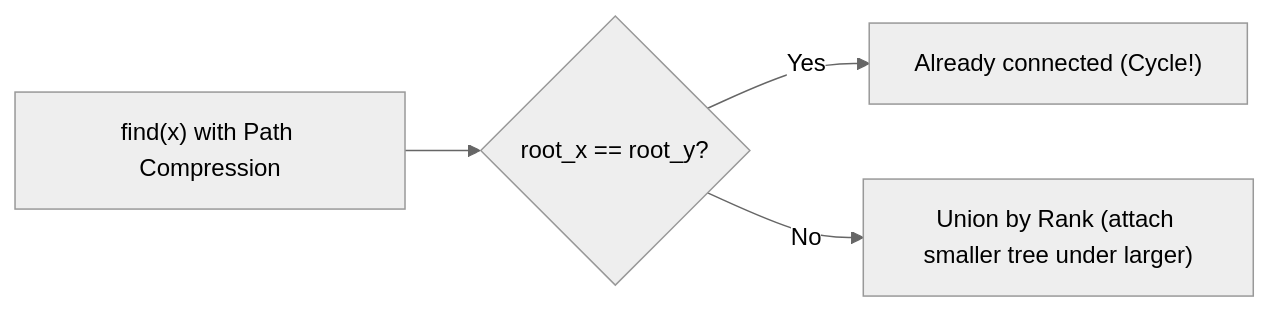
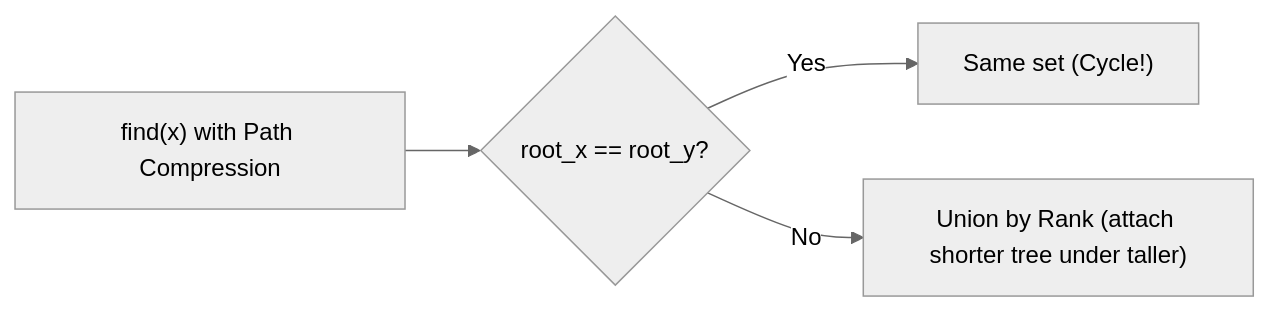
The diagram in grokking-coding-interview/21-union-find.md (SanjayR857/All-in-One-Notes), drawn with Mermaid (neutral theme) before and after one commit. The commit also changed other lines of this file and 22 other files, not shown here.

````diff
--- a/grokking-coding-interview/21-union-find.md
+++ b/grokking-coding-interview/21-union-find.md
@@ -21,6 +20,6 @@
 ```mermaid
 flowchart LR
     Find["find(x) with Path Compression"] --> Check{"root_x == root_y?"}
-    Check -- Yes --> Cycle["Already connected (Cycle!)"]
-    Check -- No --> Union["Union by Rank (attach smaller tree under larger)"]
+    Check -- Yes --> Cycle["Same set (Cycle!)"]
+    Check -- No --> Union["Union by Rank (attach shorter tree under taller)"]
 ```
````
